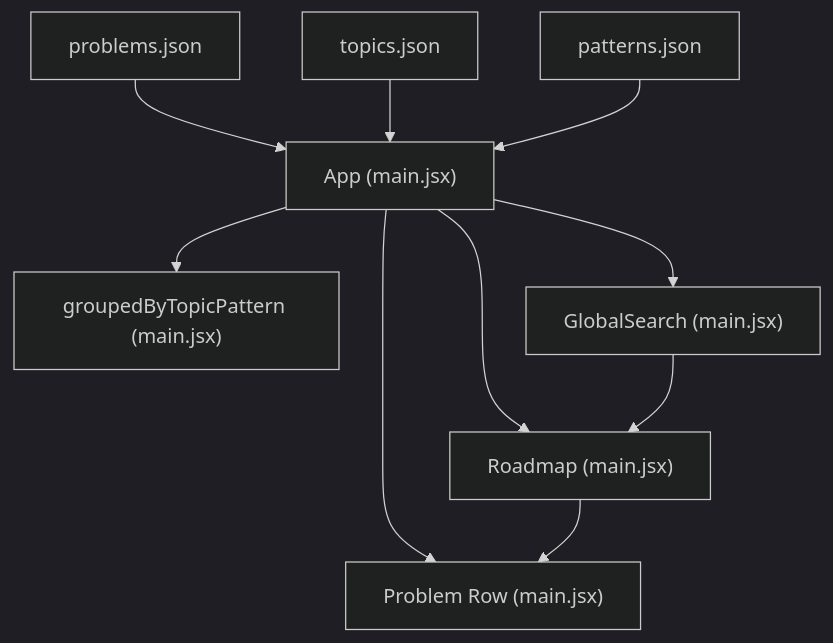
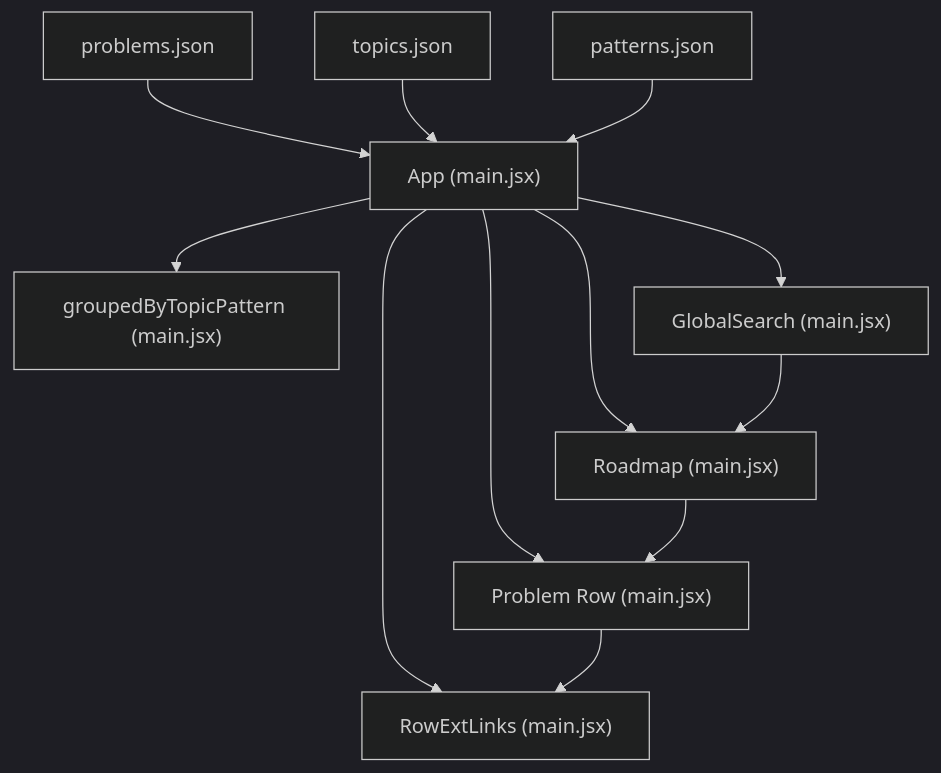
Before and after one commit to iamrituraj/DSA-Tracker: the first of 11 diagrams in .qoder/repowiki/en/content/Frontend Application/Roadmap Component.md, drawn with Mermaid (dark theme). The commit also changed other lines of this file and 21 other files, not shown here.

````diff
--- a/.qoder/repowiki/en/content/Frontend Application/Roadmap Component.md
+++ b/.qoder/repowiki/en/content/Frontend Application/Roadmap Component.md
@@ -39,12 +36,14 @@
 ```mermaid
 graph TB
 A["App (main.jsx)"] --> B["Roadmap (main.jsx)"]
 A --> C["Problem Row (main.jsx)"]
 A --> D["groupedByTopicPattern (main.jsx)"]
 A --> E["GlobalSearch (main.jsx)"]
-F["problems.json"] --> A
-G["topics.json"] --> A
-H["patterns.json"] --> A
+A --> F["RowExtLinks (main.jsx)"]
+G["problems.json"] --> A
+H["topics.json"] --> A
+I["patterns.json"] --> A
 E --> B
 B --> C
+C --> F
 ```
````
